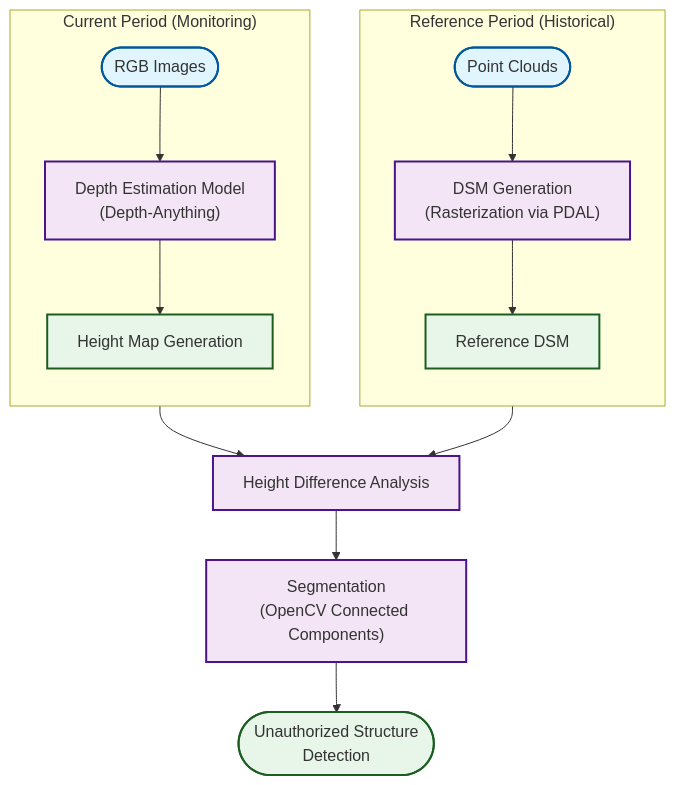
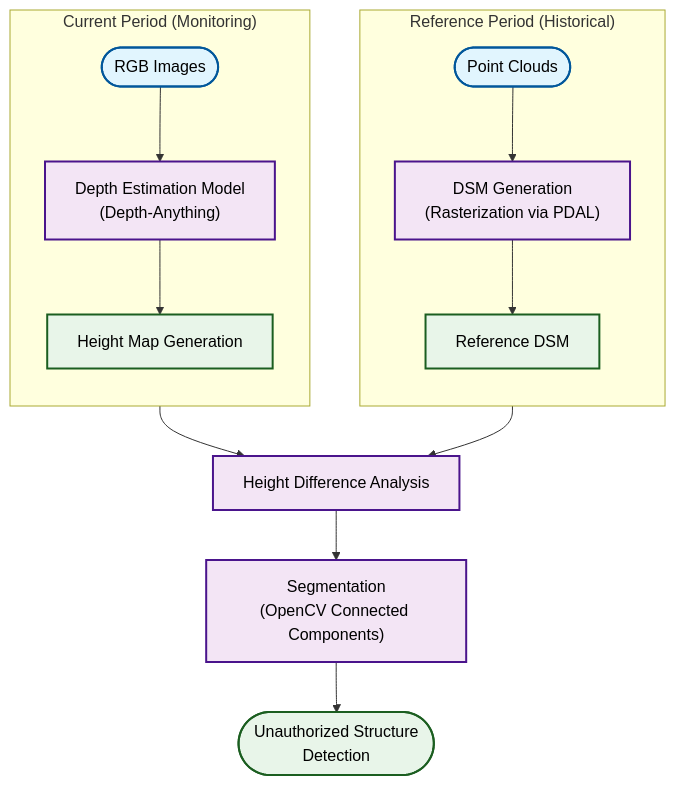
The diagram in _projects/4_urban_compliance.md (kritnipit-phetanan/kritnipit-phetanan.github.io), drawn with Mermaid before and after one commit. The commit also changed 1 other file, not shown here.

Commit message:
Fix Mermaid diagram text color in dark mode by enforcing black text

````diff
--- a/_projects/4_urban_compliance.md
+++ b/_projects/4_urban_compliance.md
@@ -35,31 +35,31 @@
 ```mermaid
 graph TD
     %% Define Styles
-    classDef input fill:#e1f5fe,stroke:#01579b,stroke-width:2px;
-    classDef process fill:#f3e5f5,stroke:#4a148c,stroke-width:2px;
-    classDef result fill:#e8f5e9,stroke:#1b5e20,stroke-width:2px;
+    classDef input fill:#e1f5fe,stroke:#01579b,stroke-width:2px,color:#000000;
+    classDef process fill:#f3e5f5,stroke:#4a148c,stroke-width:2px,color:#000000;
+    classDef result fill:#e8f5e9,stroke:#1b5e20,stroke-width:2px,color:#000000;
 
     subgraph Reference_Period ["Reference Period (Historical)"]
         direction TB
         A(["Point Clouds"]) --> B["DSM Generation<br/>(Rasterization via PDAL)"]
         B --> C["Reference DSM"]
     end
 
     subgraph Current_Period ["Current Period (Monitoring)"]
         direction TB
         D(["RGB Images"]) --> E["Depth Estimation Model<br/>(Depth-Anything)"]
         E --> F["Height Map Generation"]
     end
 
     %% Merging the flows
     C --> G
     F --> G
 
     G["Height Difference Analysis"] --> H["Segmentation<br/>(OpenCV Connected Components)"]
     H --> I(["Unauthorized Structure<br/>Detection"])
 
     %% Apply Styles
     class A,D input;
     class B,E,G,H process;
     class C,F,I result;
 ```
````
